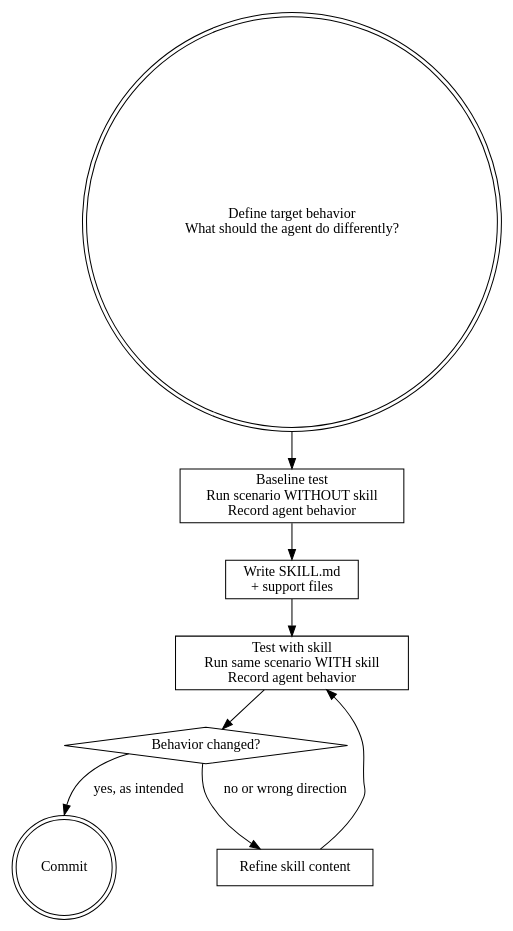
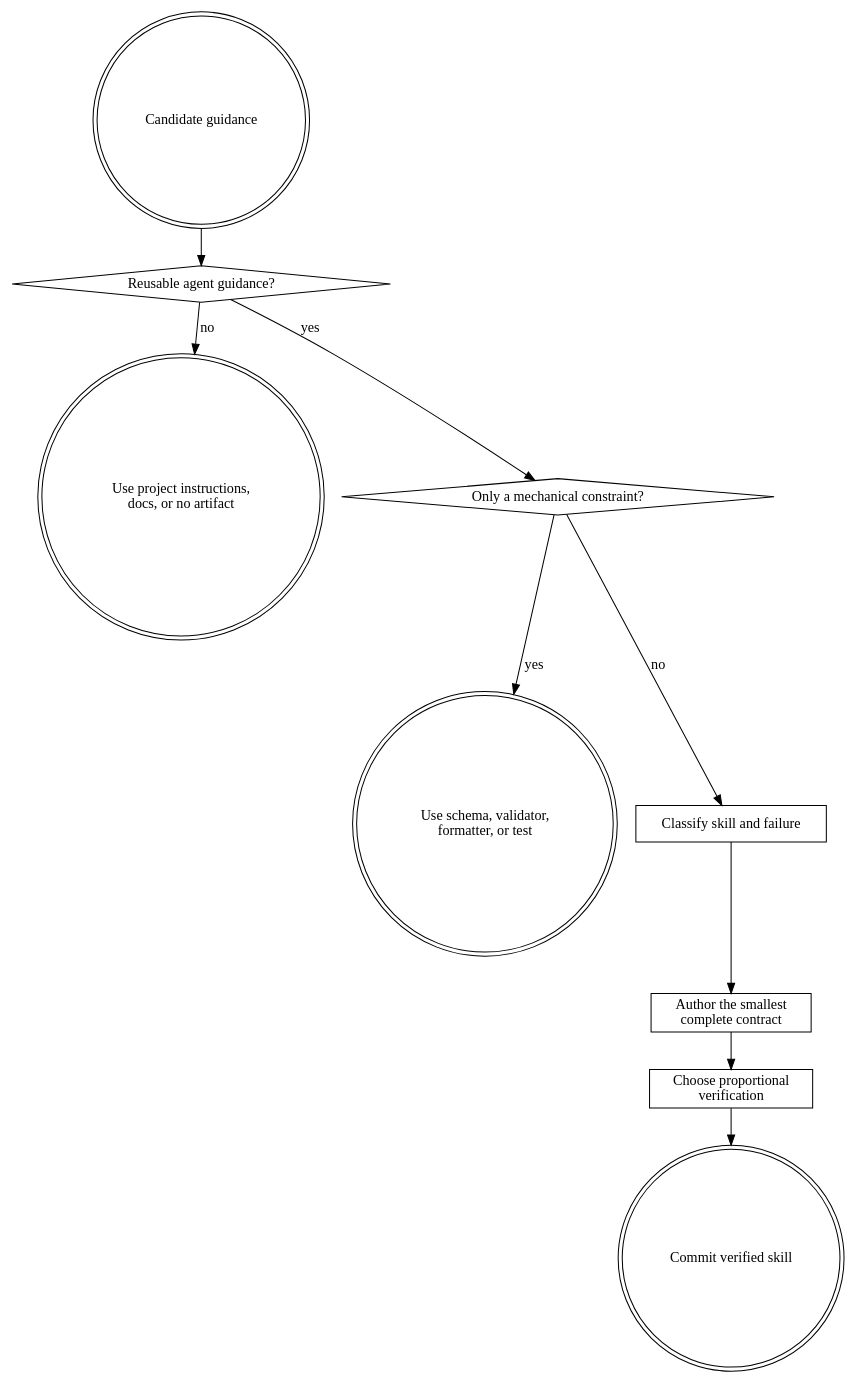
The diagram in skills/writing-skills/SKILL.md (roymondliao/samsara), drawn with Graphviz before and after one commit. The commit also changed other lines of this file and 5 other files, not shown here.

````diff
--- a/skills/writing-skills/SKILL.md
+++ b/skills/writing-skills/SKILL.md
@@ -12,21 +14,22 @@
 ```dot
 digraph writing_skills {
     node [shape=box];
 
-    start [label="Define target behavior\nWhat should the agent do differently?" shape=doublecircle];
-    baseline [label="Baseline test\nRun scenario WITHOUT skill\nRecord agent behavior"];
-    write [label="Write SKILL.md\n+ support files"];
-    test [label="Test with skill\nRun same scenario WITH skill\nRecord agent behavior"];
-    compare [label="Behavior changed?" shape=diamond];
-    refine [label="Refine skill content"];
-    done [label="Commit" shape=doublecircle];
+    start [label="Candidate guidance" shape=doublecircle];
+    reusable [label="Reusable agent guidance?" shape=diamond];
+    local [label="Use project instructions,\ndocs, or no artifact" shape=doublecircle];
+    mechanical [label="Only a mechanical constraint?" shape=diamond];
+    automate [label="Use schema, validator,\nformatter, or test" shape=doublecircle];
+    classify [label="Classify skill and failure"];
+    author [label="Author the smallest\ncomplete contract"];
+    verify [label="Choose proportional\nverification"];
+    done [label="Commit verified skill" shape=doublecircle];
 
-    start -> baseline;
-    baseline -> write;
-    write -> test;
-    test -> compare;
-    compare -> done [label="yes, as intended"];
-    compare -> refine [label="no or wrong direction"];
-    refine -> test;
+    start -> reusable;
+    reusable -> local [label="no"];
+    reusable -> mechanical [label="yes"];
+    mechanical -> automate [label="yes"];
+    mechanical -> classify [label="no"];
+    classify -> author -> verify -> done;
 }
 ```
````
